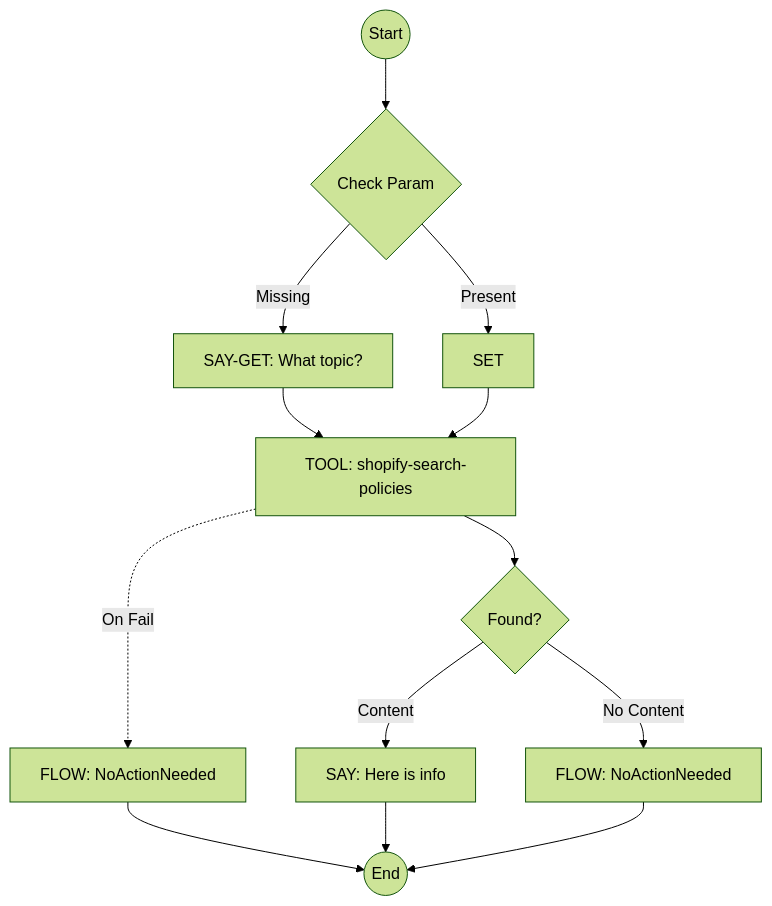
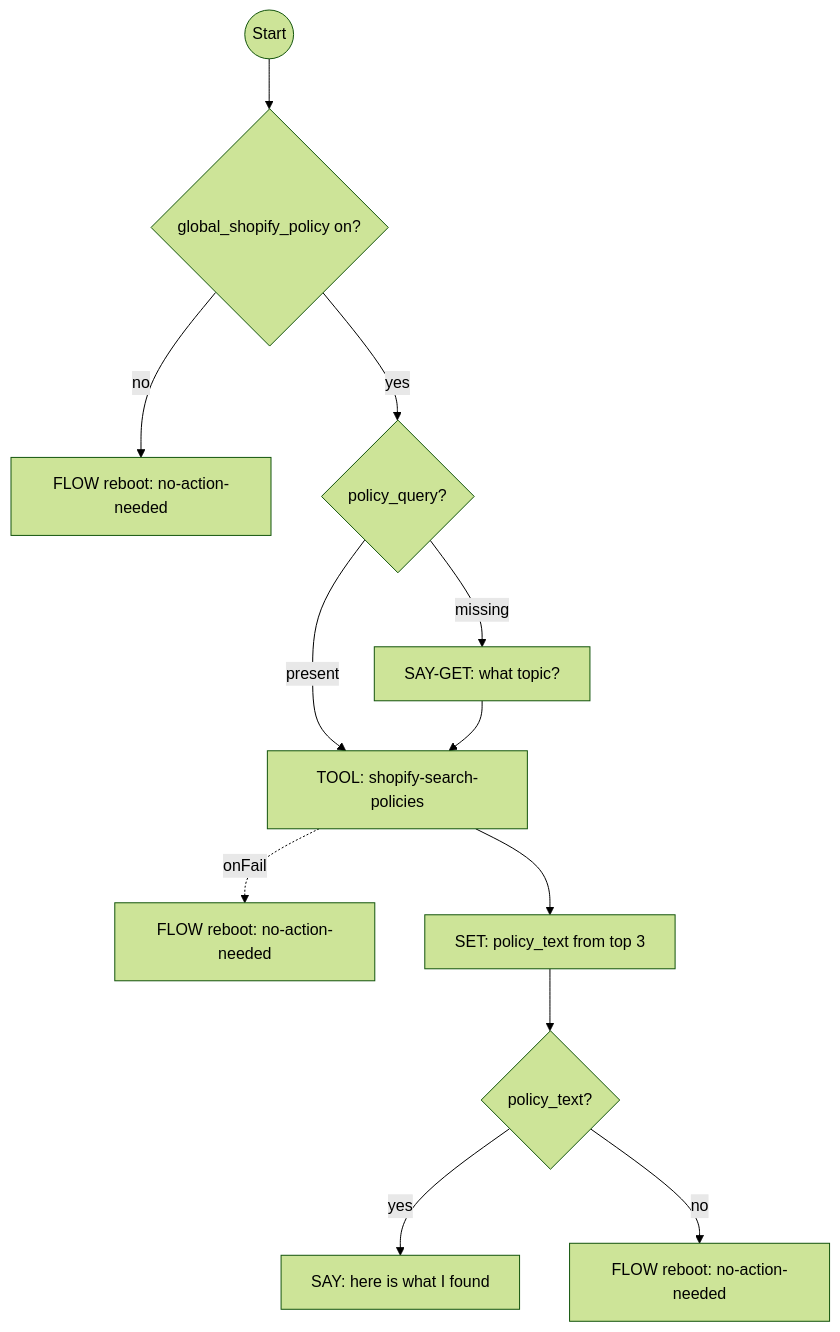
The sixth of 6 diagrams in docs/shopify-flows.md (ronpinkas/jsfe), drawn with Mermaid (forest theme) before and after one commit. The commit also changed other lines of this file and 3 other files, not shown here.

````diff
--- a/docs/shopify-flows.md
+++ b/docs/shopify-flows.md
@@ -204,19 +327,14 @@
 ```mermaid
 graph TD
-    start((Start)) --> check_policy_param{Check Param}
-    check_policy_param -->|Missing| ask_policy_question[SAY-GET: What topic?]
-    check_policy_param -->|Present| proceed_with_query[SET]
-    
+    start((Start)) --> optin{global_shopify_policy on?}
+    optin -->|no| answer_with_guru[FLOW reboot: no-action-needed]
+    optin -->|yes| check_policy_param{policy_query?}
+    check_policy_param -->|missing| ask_policy_question[SAY-GET: what topic?]
+    check_policy_param -->|present| search_policies
     ask_policy_question --> search_policies[TOOL: shopify-search-policies]
-    proceed_with_query --> search_policies
-    
-    search_policies -.->|On Fail| policy_search_failed[FLOW: NoActionNeeded]
-    
-    search_policies --> display_policy{Found?}
-    display_policy -->|Content| show_policy[SAY: Here is info]
-    display_policy -->|No Content| no_policy_found[FLOW: NoActionNeeded]
-    
-    policy_search_failed --> stop((End))
-    show_policy --> stop
-    no_policy_found --> stop
+    search_policies -.->|onFail| policy_search_failed[FLOW reboot: no-action-needed]
+    search_policies --> format_policy_answers[SET: policy_text from top 3]
+    format_policy_answers --> display_policy{policy_text?}
+    display_policy -->|yes| show_policy[SAY: here is what I found]
+    display_policy -->|no| no_policy_found[FLOW reboot: no-action-needed]
 ```
````
